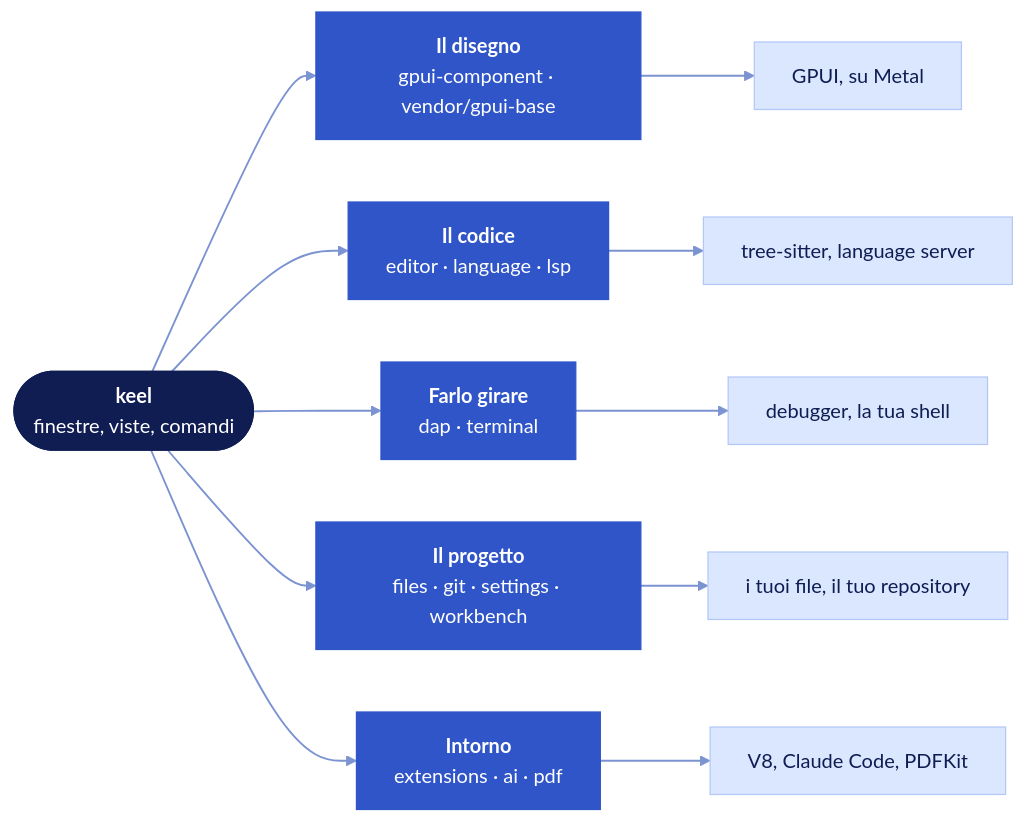
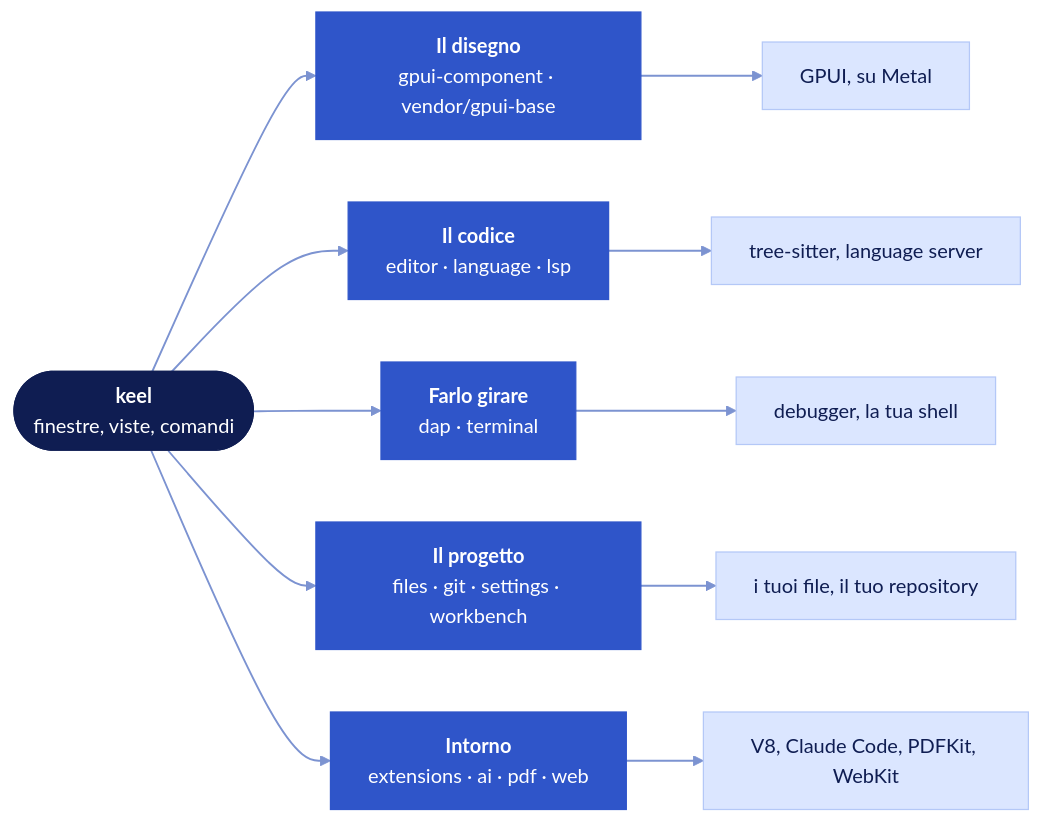
One commit to Manuel-Mezzanotte/Keel changed the diagram in docs/README.it.md. Above: the diagram before and after it, drawn with Mermaid (neutral theme). The commit also changed other lines of this file and 8 other files, not shown here.

````diff
--- a/docs/README.it.md
+++ b/docs/README.it.md
@@ -291,18 +293,18 @@
 ```mermaid
 flowchart LR
     app(["<b>keel</b><br>finestre, viste, comandi"])
 
     app --> ui["<b>Il disegno</b><br>gpui-component · vendor/gpui-base"] --> ui_on["GPUI, su Metal"]
     app --> code["<b>Il codice</b><br>editor · language · lsp"] --> code_on["tree-sitter, language server"]
     app --> run["<b>Farlo girare</b><br>dap · terminal"] --> run_on["debugger, la tua shell"]
     app --> project["<b>Il progetto</b><br>files · git · settings · workbench"] --> project_on["i tuoi file, il tuo repository"]
-    app --> around["<b>Intorno</b><br>extensions · ai · pdf"] --> around_on["V8, Claude Code, PDFKit"]
+    app --> around["<b>Intorno</b><br>extensions · ai · pdf · web"] --> around_on["V8, Claude Code, PDFKit, WebKit"]
 
     classDef hull fill:#0f1d52,stroke:#0f1d52,color:#ffffff
     classDef crate fill:#2f55c9,stroke:#2f55c9,color:#ffffff
     classDef engine fill:#dbe6ff,stroke:#b4c8f7,color:#0f1d52
     class app hull
     class ui,code,run,project,around crate
     class ui_on,code_on,run_on,project_on,around_on engine
     linkStyle default stroke:#7c93d1,stroke-width:1.5px
 ```
````
